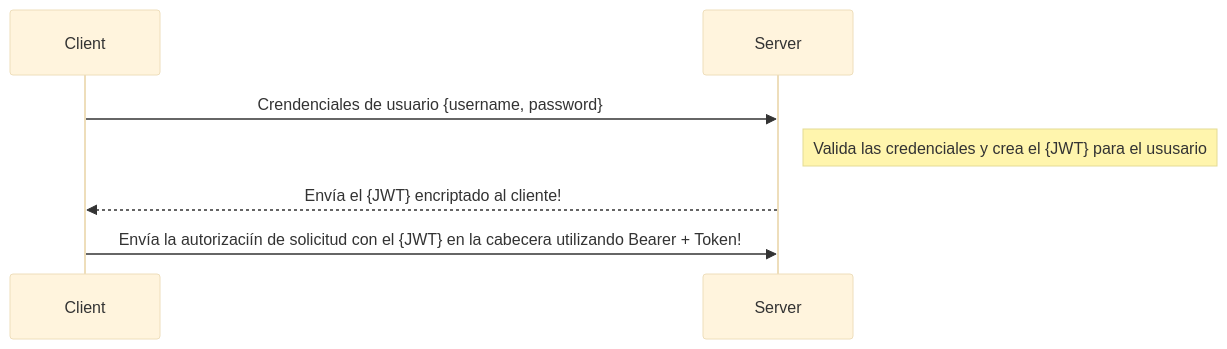
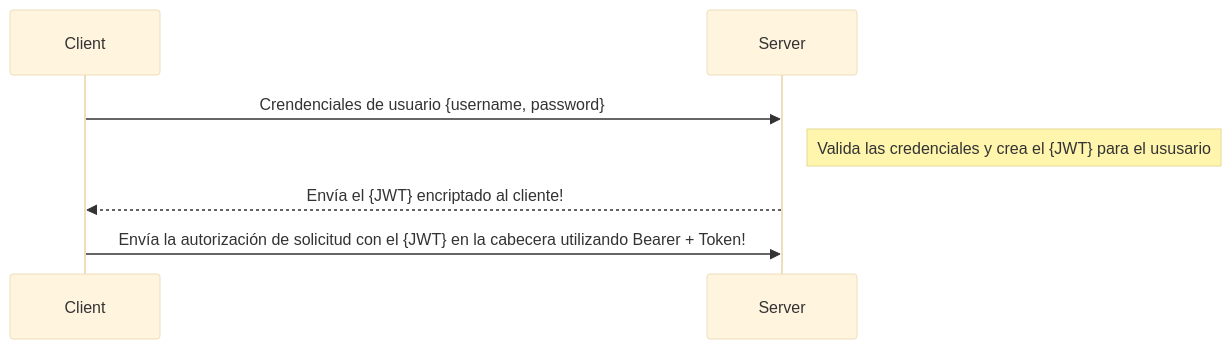
One commit to Mr-Machine98/final-project changed the diagram in README.md. Above: the diagram before and after it, drawn with Mermaid (base theme).

````diff
--- a/README.md
+++ b/README.md
@@ -26,7 +26,7 @@
  ```mermaid
   sequenceDiagram
       Client->>Server: Crendenciales de usuario {username, password}
       Note right of Server: Valida las credenciales y crea el {JWT} para el ususario 
       Server-->>Client: Envía el {JWT} encriptado al cliente!
-      Client->>Server: Envía la autorizaciín de solicitud con el {JWT} en la cabecera utilizando Bearer + Token!
+      Client->>Server: Envía la autorización de solicitud con el {JWT} en la cabecera utilizando Bearer + Token!
   ```
````
